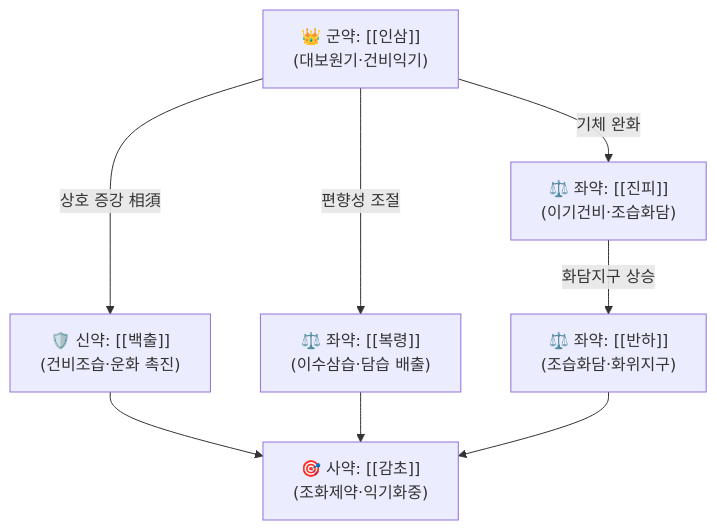
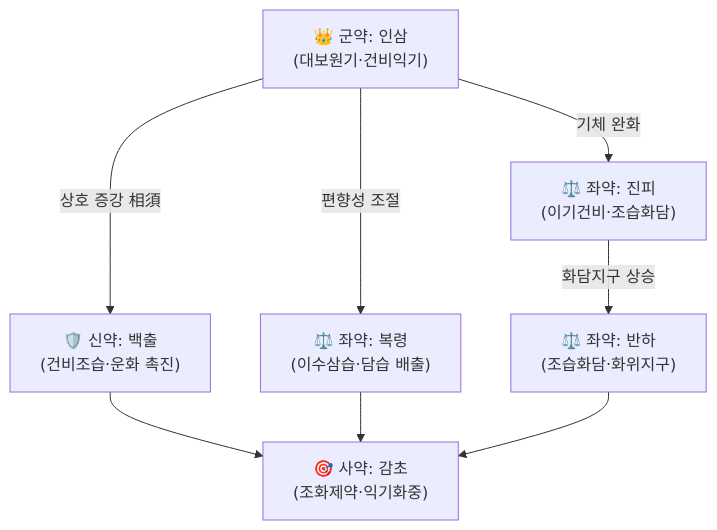
Before and after one commit to simbio11/simbio-digital-garden2: the diagram in content/2. 약리 공부/처방/02_보익제/건비군자탕.md, drawn with Mermaid. The commit also changed other lines of this file and 323 other files, not shown here.

````diff
--- a/content/2. 약리 공부/처방/02_보익제/건비군자탕.md
+++ b/content/2. 약리 공부/처방/02_보익제/건비군자탕.md
@@ -61,10 +61,10 @@
 ```mermaid
 graph TD
-    Gun["👑 군약: [[인삼]]<br>(대보원기·건비익기)"] -->|상호 증강 相須| Sin["🛡️ 신약: [[백출]]<br>(건비조습·운화 촉진)"]
-    Gun -->|편향성 조절| Jwa1["⚖️ 좌약: [[복령]]<br>(이수삼습·담습 배출)"]
-    Gun -->|기체 완화| Jwa2["⚖️ 좌약: [[진피]]<br>(이기건비·조습화담)"]
-    Jwa2 -->|화담지구 상승| Jwa3["⚖️ 좌약: [[반하]]<br>(조습화담·화위지구)"]
-    Sin --> Sa["🎯 사약: [[감초]]<br>(조화제약·익기화중)"]
+    Gun["👑 군약: 인삼<br>(대보원기·건비익기)"] -->|상호 증강 相須| Sin["🛡️ 신약: 백출<br>(건비조습·운화 촉진)"]
+    Gun -->|편향성 조절| Jwa1["⚖️ 좌약: 복령<br>(이수삼습·담습 배출)"]
+    Gun -->|기체 완화| Jwa2["⚖️ 좌약: 진피<br>(이기건비·조습화담)"]
+    Jwa2 -->|화담지구 상승| Jwa3["⚖️ 좌약: 반하<br>(조습화담·화위지구)"]
+    Sin --> Sa["🎯 사약: 감초<br>(조화제약·익기화중)"]
     Jwa1 --> Sa
     Jwa3 --> Sa
 ```
````
